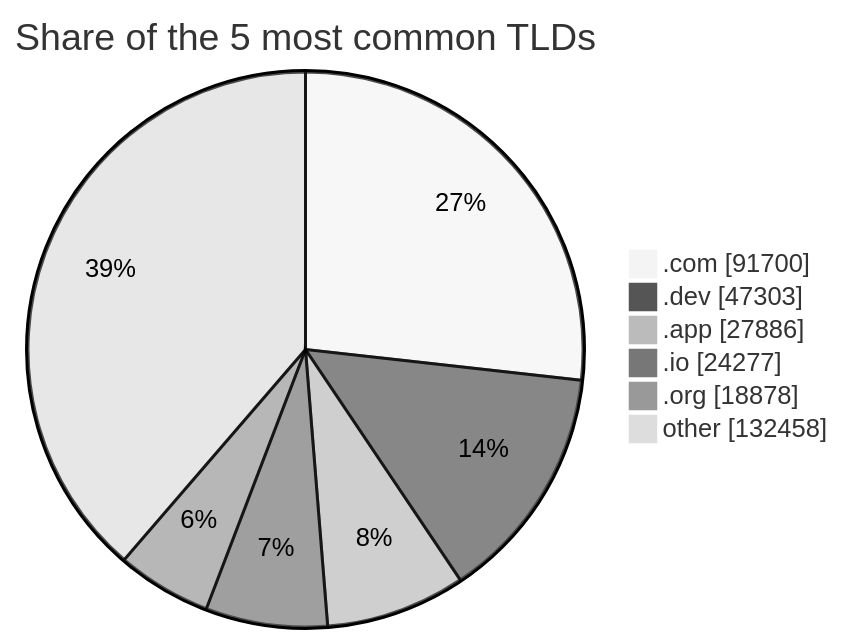
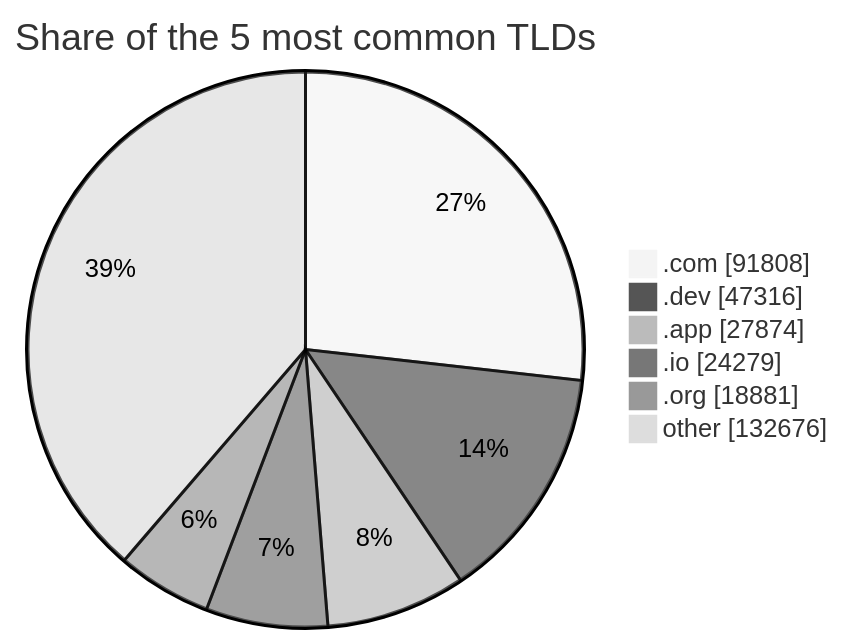
Before and after one commit to DNSBunker/CTI: the third of 3 diagrams in README.md, drawn with Mermaid (neutral theme). The commit also changed other lines of this file and 3 other files, not shown here.

````diff
--- a/README.md
+++ b/README.md
@@ -81,9 +81,9 @@
 ```mermaid
 pie showData title Share of the 5 most common TLDs
-    ".com" : 91700
-    ".dev" : 47303
-    ".app" : 27886
-    ".io" : 24277
-    ".org" : 18878
-    "other" : 132458
+    ".com" : 91808
+    ".dev" : 47316
+    ".app" : 27874
+    ".io" : 24279
+    ".org" : 18881
+    "other" : 132676
 ```
````
